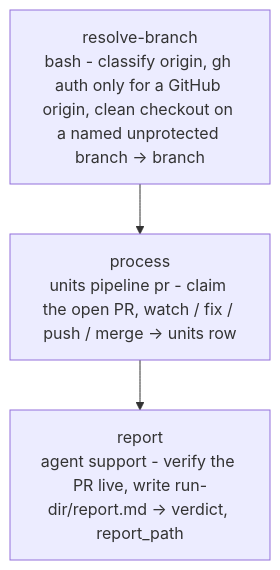
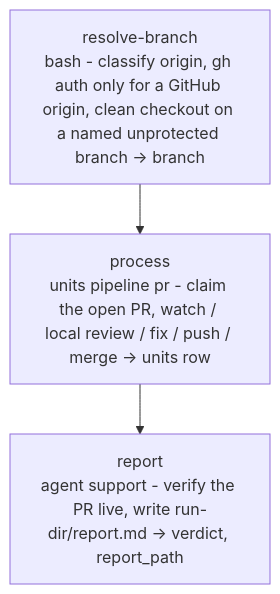
One commit to e1024kb/wise-claude changed the diagram in plugins/wise/workflows/pr-watch/README.md. Above: the diagram before and after it, drawn with Mermaid. The commit also changed other lines of this file and 43 other files, not shown here.

````diff
--- a/plugins/wise/workflows/pr-watch/README.md
+++ b/plugins/wise/workflows/pr-watch/README.md
@@ -46,5 +46,5 @@
 ```mermaid
 flowchart TD
-    A[resolve-branch<br/>bash - classify origin, gh auth only for a GitHub origin, clean checkout on a named unprotected branch -> branch] --> B[process<br/>units pipeline pr - claim the open PR, watch / fix / push / merge -> units row]
+    A[resolve-branch<br/>bash - classify origin, gh auth only for a GitHub origin, clean checkout on a named unprotected branch -> branch] --> B[process<br/>units pipeline pr - claim the open PR, watch / local review / fix / push / merge -> units row]
     B --> C[report<br/>agent support - verify the PR live, write run-dir/report.md -> verdict, report_path]
 ```
````
